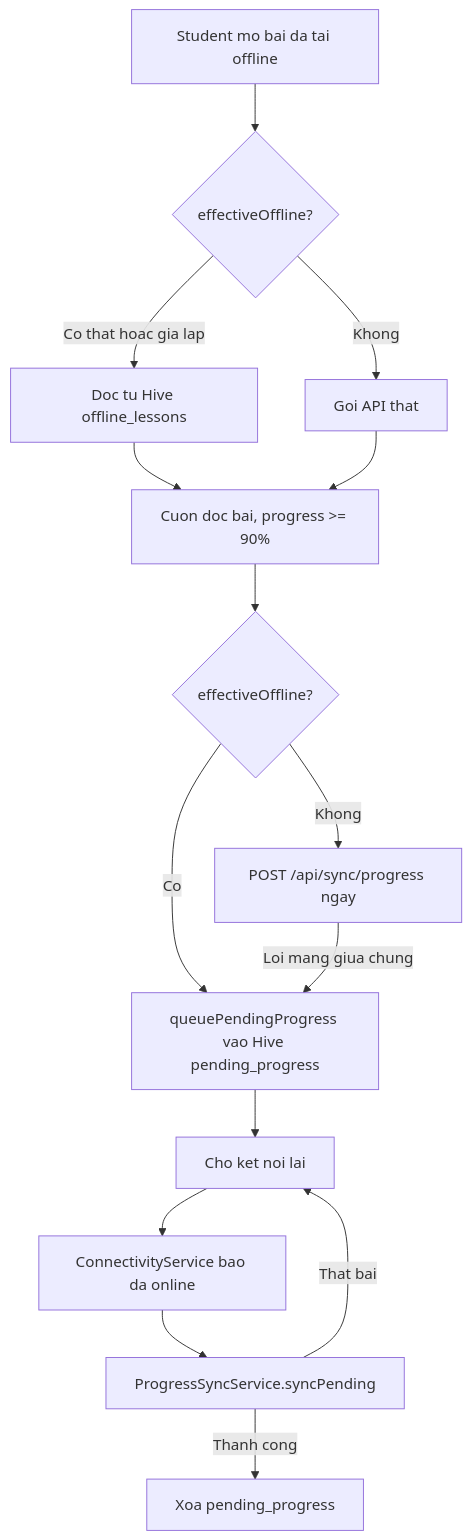
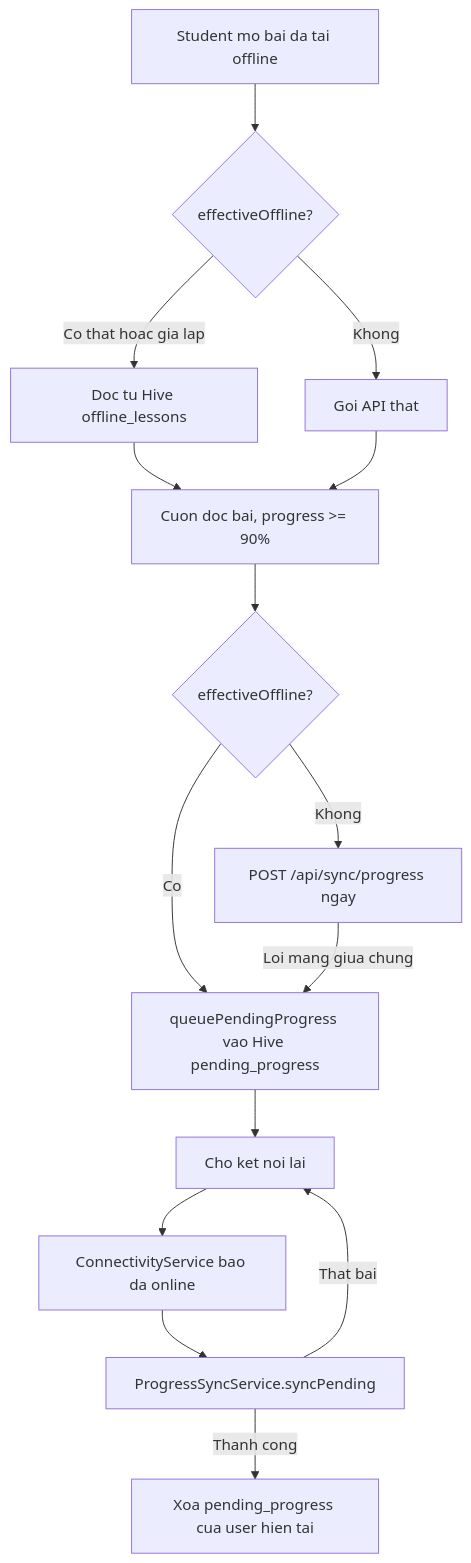
One commit to nguyenhuy238/X-Physics changed the diagram in docs/OFFLINE_FLOW.md. Above: the diagram before and after it, drawn with Mermaid. The commit also changed other lines of this file and 7 other files, not shown here.

````diff
--- a/docs/OFFLINE_FLOW.md
+++ b/docs/OFFLINE_FLOW.md
@@ -36,17 +38,17 @@
 ```mermaid
 flowchart TD
     A[Student mo bai da tai offline] --> B{effectiveOffline?}
     B -- "Co that hoac gia lap" --> C[Doc tu Hive offline_lessons]
     B -- Khong --> D[Goi API that]
     C --> E[Cuon doc bai, progress >= 90%]
     D --> E
     E --> F{effectiveOffline?}
     F -- Co --> G[queuePendingProgress vao Hive pending_progress]
     F -- Khong --> H[POST /api/sync/progress ngay]
     H -- Loi mang giua chung --> G
     G --> I[Cho ket noi lai]
     I --> J[ConnectivityService bao da online]
     J --> K[ProgressSyncService.syncPending]
-    K -- Thanh cong --> L[Xoa pending_progress]
+    K -- Thanh cong --> L[Xoa pending_progress cua user hien tai]
     K -- That bai --> I
 ```
````
